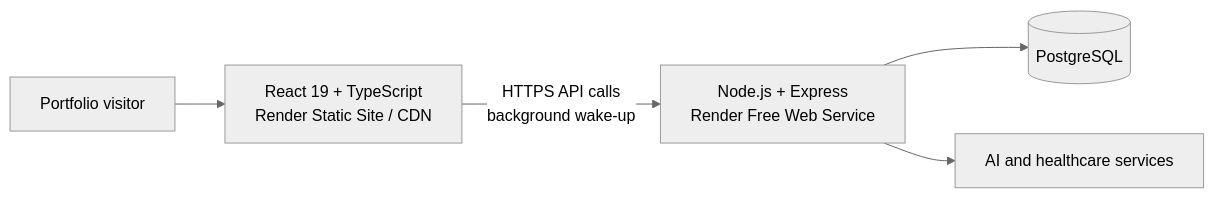
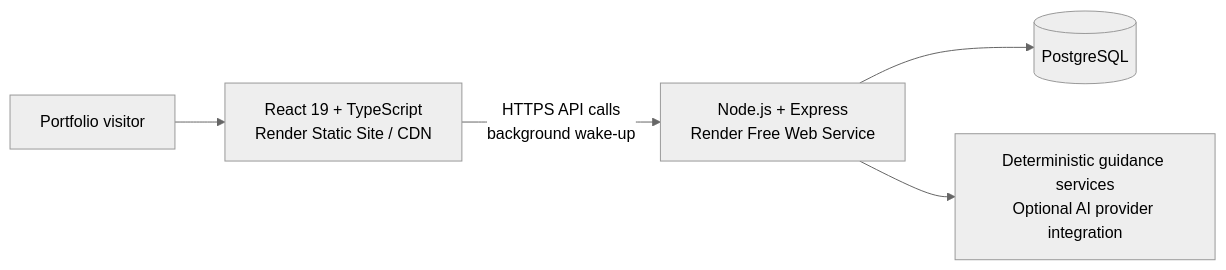
Before and after one commit to DKon109/AI-chatbot: the diagram in README.md, drawn with Mermaid (neutral theme). The commit also changed other lines of this file and 5 other files, not shown here.

````diff
--- a/README.md
+++ b/README.md
@@ -29,7 +40,7 @@
 ```mermaid
 flowchart LR
     U["Portfolio visitor"] --> W["React 19 + TypeScript<br/>Render Static Site / CDN"]
     W -->|"HTTPS API calls<br/>background wake-up"| A["Node.js + Express<br/>Render Free Web Service"]
     A --> D[("PostgreSQL")]
-    A --> S["AI and healthcare services"]
+    A --> S["Deterministic guidance services<br/>Optional AI provider integration"]
 ```
````
